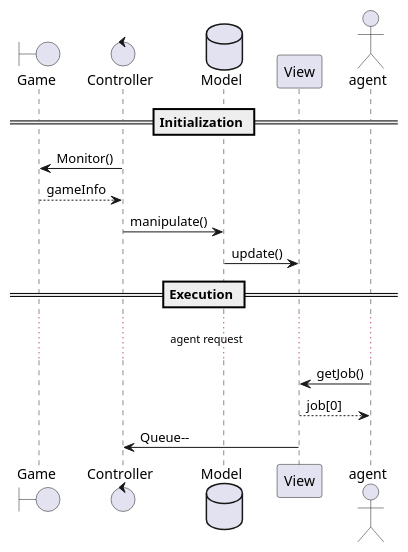
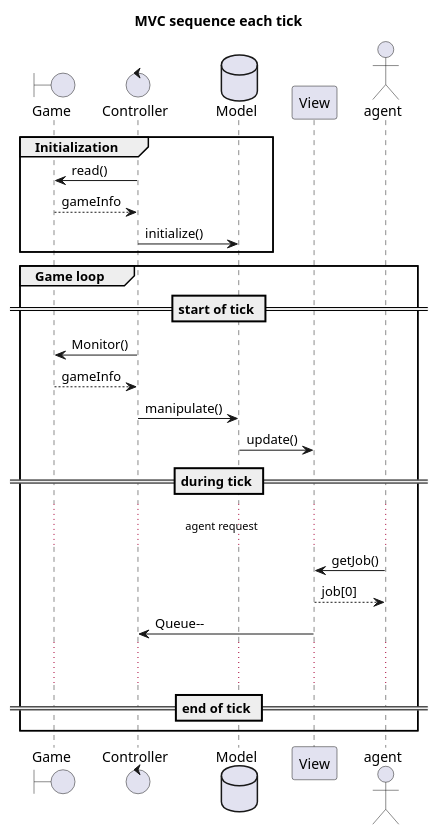
One commit to h0uter/screepsZilver changed the diagram in Design & UML/sequence.puml. Above: the diagram before and after it, drawn with PlantUML. The commit also changed 3 other files, not shown here.

Commit message:
uml planning

```diff
--- a/Design & UML/sequence.puml
+++ b/Design & UML/sequence.puml
@@ -1,20 +1,30 @@
 @startuml
+title MVC sequence each tick
 
-== Initialization ==
-Boundary Game
-Control Controller
-Database Model
+  Boundary Game
+  Control Controller
+  Database Model
 
-Game <- Controller: Monitor()
-Game --> Controller: gameInfo
+group Initialization
+    Game <- Controller: read()
+    Game --> Controller: gameInfo
+    Controller -> Model: initialize()
+end
 
-Controller -> Model: manipulate()
-Model -> View: update()
-== Execution ==
-... agent request...
-actor agent
-View <- agent: getJob()
-View --> agent: job[0]
-View -> Controller: Queue--
+group Game loop
+  == start of tick ==
+  Game <- Controller: Monitor()
+  Game --> Controller: gameInfo
+  Controller -> Model: manipulate()
+  Model -> View: update()
 
+  == during tick ==
+  ... agent request...
+  actor agent
+  View <- agent: getJob()
+  View --> agent: job[0]
+  View -> Controller: Queue--
+  ... ...
+  == end of tick ==
+end
 @enduml
```
